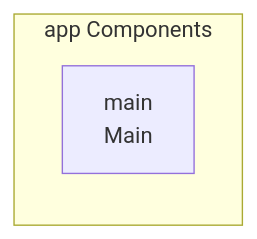
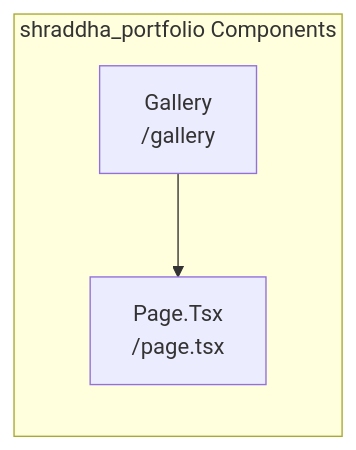
The third of 4 diagrams in README.md (Punyamittal/shraddha_portfolio), drawn with Mermaid before and after one commit. The commit also changed other lines of this file, not shown here.

````diff
--- a/README.md
+++ b/README.md
@@ -271,6 +229,8 @@
 ```mermaid
 graph LR
-    subgraph App["app Components"]
-        main["main<br/>Main"]
+    subgraph App["shraddha_portfolio Components"]
+        gallery["Gallery<br/>/gallery"]
+        page_tsx["Page.Tsx<br/>/page.tsx"]
     end
+    gallery --> page_tsx
 ```
````
